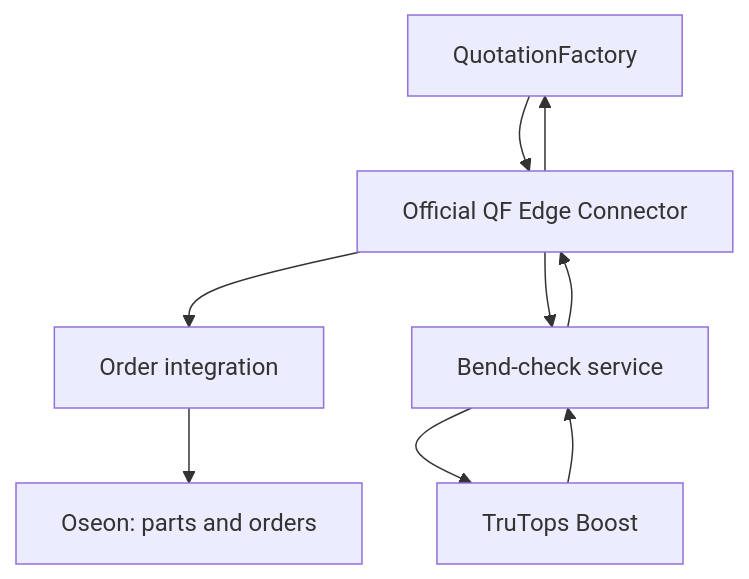
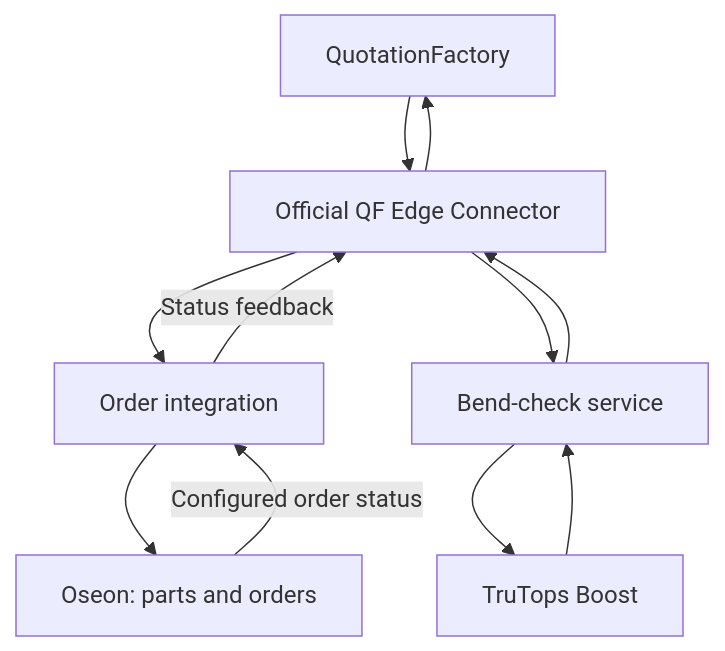
The diagram in qf2oseon/overview.mdx (SheetMetalConnect/smc-mintlify), drawn with Mermaid before and after one commit.

Commit message:
docs: clarify qf2oseon/overview workflow

````diff
--- a/qf2oseon/overview.mdx
+++ b/qf2oseon/overview.mdx
@@ -16,11 +16,13 @@
 ```mermaid
 flowchart TD
   Q["QuotationFactory"] --> E["Official QF Edge Connector"]
   E --> I["Order integration"]
   I --> O["Oseon: parts and orders"]
+  O -->|"Configured order status"| I
+  I -->|"Status feedback"| E
   E --> B["Bend-check service"]
   B --> T["TruTops Boost"]
   T --> B
   B --> E
   E --> Q
 ```
````
